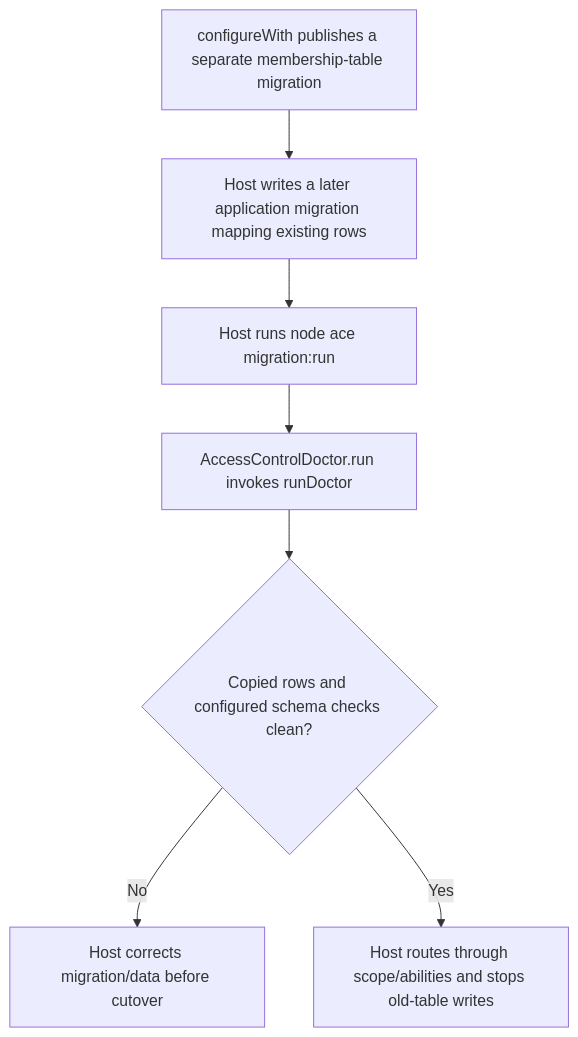
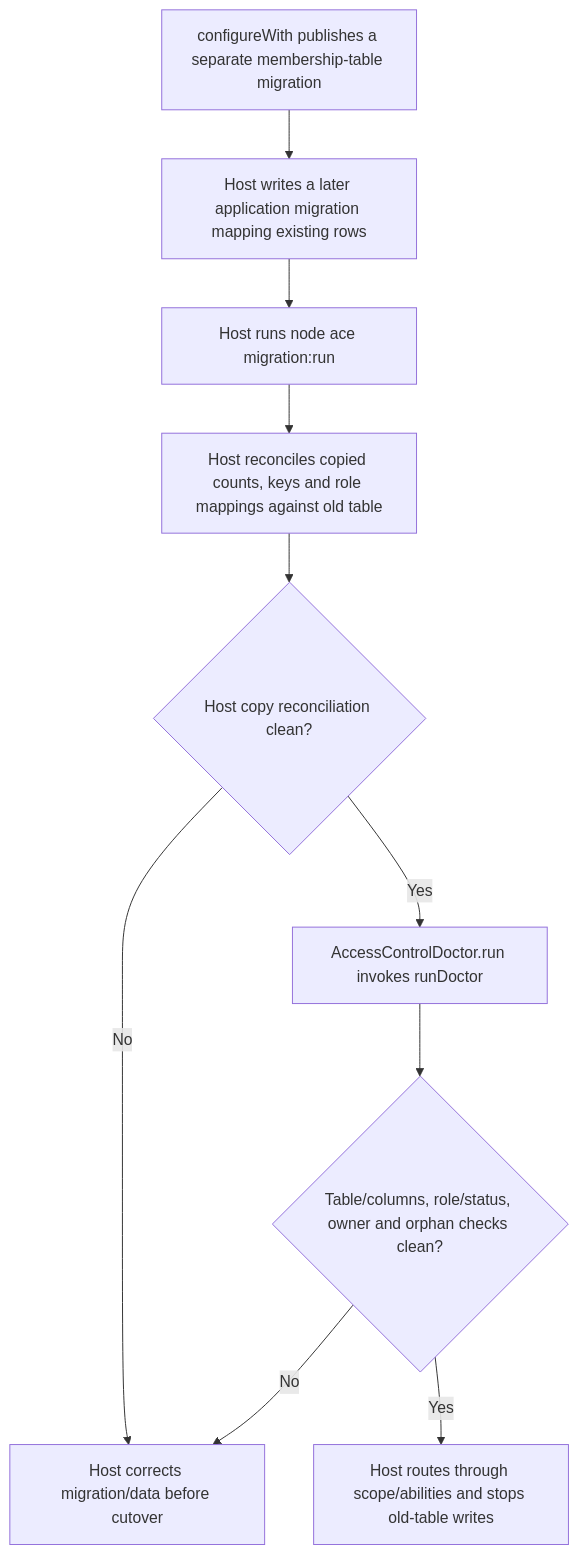
The second of 2 diagrams in user-stories/US-ACCESS-15-adopt-existing-memberships.md (Kevinjohn/oss-adonisjs-access-control), drawn with Mermaid before and after one commit. The commit also changed other lines of this file, not shown here.

Commit message:
docs: clarify catalogue behavior and recovery boundaries

````diff
--- a/user-stories/US-ACCESS-15-adopt-existing-memberships.md
+++ b/user-stories/US-ACCESS-15-adopt-existing-memberships.md
@@ -32,9 +32,12 @@
 ```mermaid
 flowchart TD
     A["configureWith publishes a separate membership-table migration"] --> B["Host writes a later application migration mapping existing rows"]
     B --> C["Host runs node ace migration:run"]
-    C --> D["AccessControlDoctor.run invokes runDoctor"]
-    D --> E{"Copied rows and configured schema checks clean?"}
-    E -->|No| F["Host corrects migration/data before cutover"]
+    C --> H["Host reconciles copied counts, keys and role mappings against old table"]
+    H --> I{"Host copy reconciliation clean?"}
+    I -->|No| F["Host corrects migration/data before cutover"]
+    I -->|Yes| D["AccessControlDoctor.run invokes runDoctor"]
+    D --> E{"Table/columns, role/status, owner and orphan checks clean?"}
+    E -->|No| F
     E -->|Yes| G["Host routes through scope/abilities and stops old-table writes"]
 ```
````
